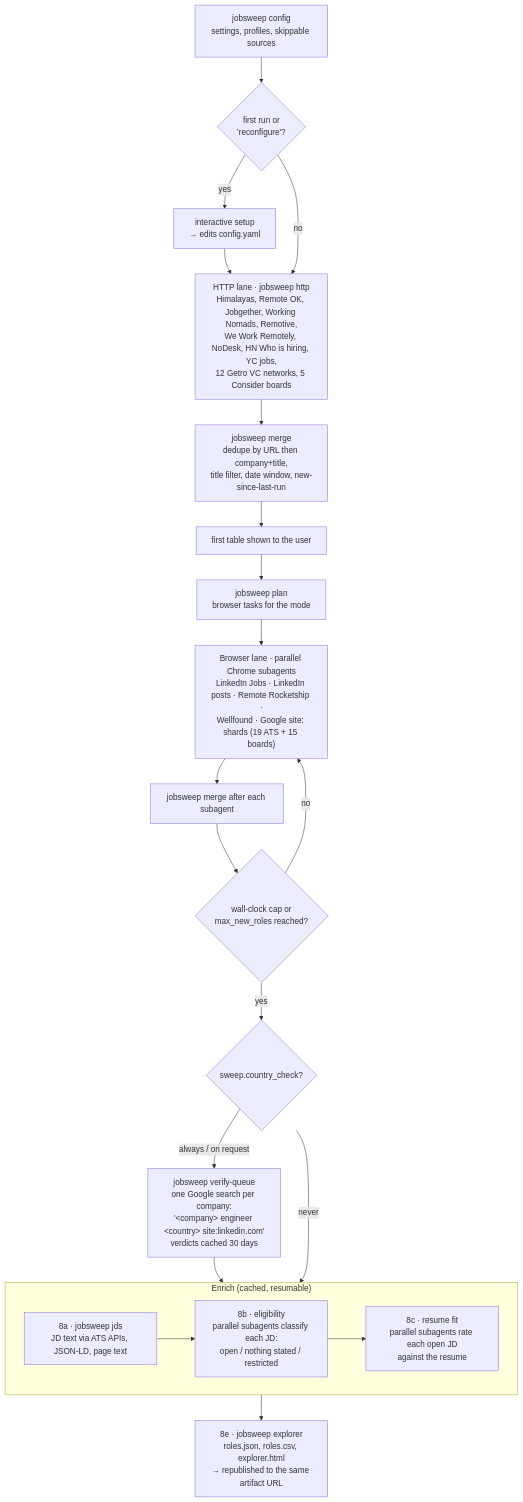
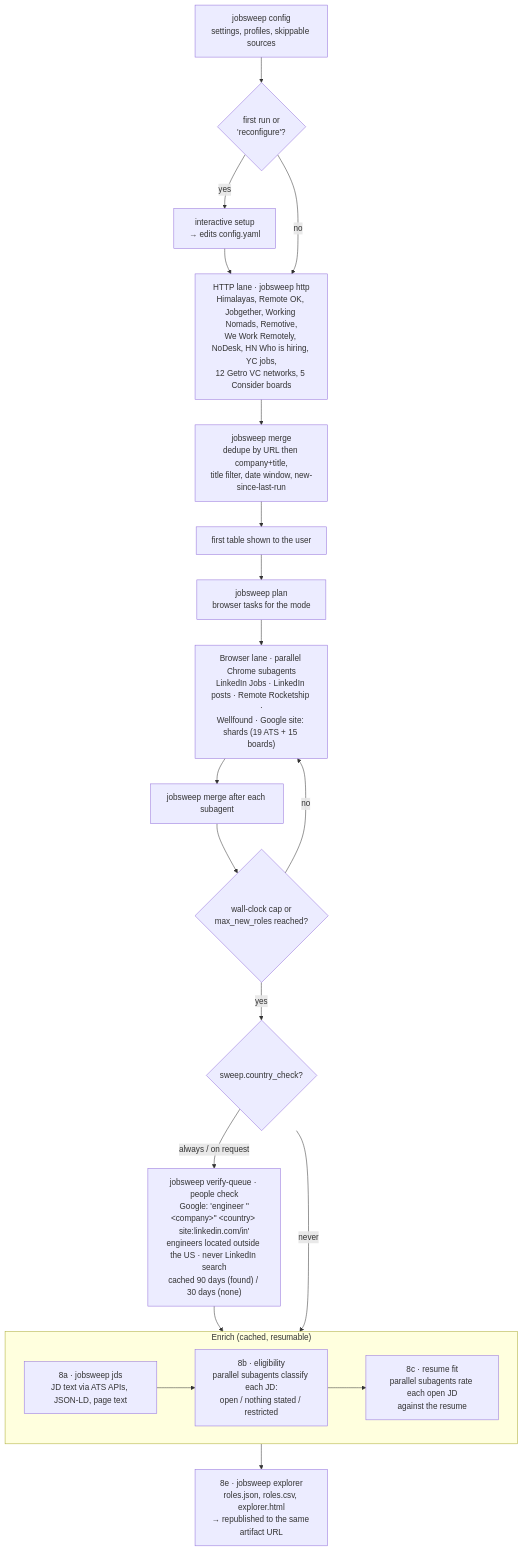
One commit to ruanchaves/autopilot changed the second of 7 diagrams in README.md. Above: the diagram before and after it, drawn with Mermaid. The commit also changed other lines of this file and 20 other files, not shown here.

````diff
--- a/README.md
+++ b/README.md
@@ -111,25 +111,25 @@
 ```mermaid
 flowchart TD
     cfg["jobsweep config<br/>settings, profiles, skippable sources"] --> setup{"first run or<br/>'reconfigure'?"}
     setup -- yes --> ask["interactive setup<br/>→ edits config.yaml"] --> http
     setup -- no --> http
 
     http["HTTP lane · jobsweep http<br/>Himalayas, Remote OK, Jobgether, Working Nomads, Remotive,<br/>We Work Remotely, NoDesk, HN Who is hiring, YC jobs,<br/>12 Getro VC networks, 5 Consider boards"] --> merge1["jobsweep merge<br/>dedupe by URL then company+title,<br/>title filter, date window, new-since-last-run"]
     merge1 --> table1["first table shown to the user"]
     table1 --> plan["jobsweep plan<br/>browser tasks for the mode"]
     plan --> browser["Browser lane · parallel Chrome subagents<br/>LinkedIn Jobs · LinkedIn posts · Remote Rocketship ·<br/>Wellfound · Google site: shards (19 ATS + 15 boards)"]
     browser --> merge2["jobsweep merge after each subagent"]
     merge2 --> stop{"wall-clock cap or<br/>max_new_roles reached?"}
     stop -- no --> browser
     stop -- yes --> country{"sweep.country_check?"}
-    country -- "always / on request" --> verify["jobsweep verify-queue<br/>one Google search per company:<br/>'&lt;company&gt; engineer &lt;country&gt; site:linkedin.com'<br/>verdicts cached 30 days"] --> enrich
+    country -- "always / on request" --> verify["jobsweep verify-queue · people check<br/>Google: 'engineer &quot;&lt;company&gt;&quot; &lt;country&gt; site:linkedin.com/in'<br/>engineers located outside the US · never LinkedIn search<br/>cached 90 days (found) / 30 days (none)"] --> enrich
     country -- never --> enrich
 
     subgraph enrich["Enrich (cached, resumable)"]
         jds["8a · jobsweep jds<br/>JD text via ATS APIs, JSON-LD, page text"]
         elig["8b · eligibility<br/>parallel subagents classify each JD:<br/>open / nothing stated / restricted"]
         fit["8c · resume fit<br/>parallel subagents rate each open JD<br/>against the resume"]
         jds --> elig --> fit
     end
     enrich --> explorer["8e · jobsweep explorer<br/>roles.json, roles.csv, explorer.html<br/>→ republished to the same artifact URL"]
 ```
````
